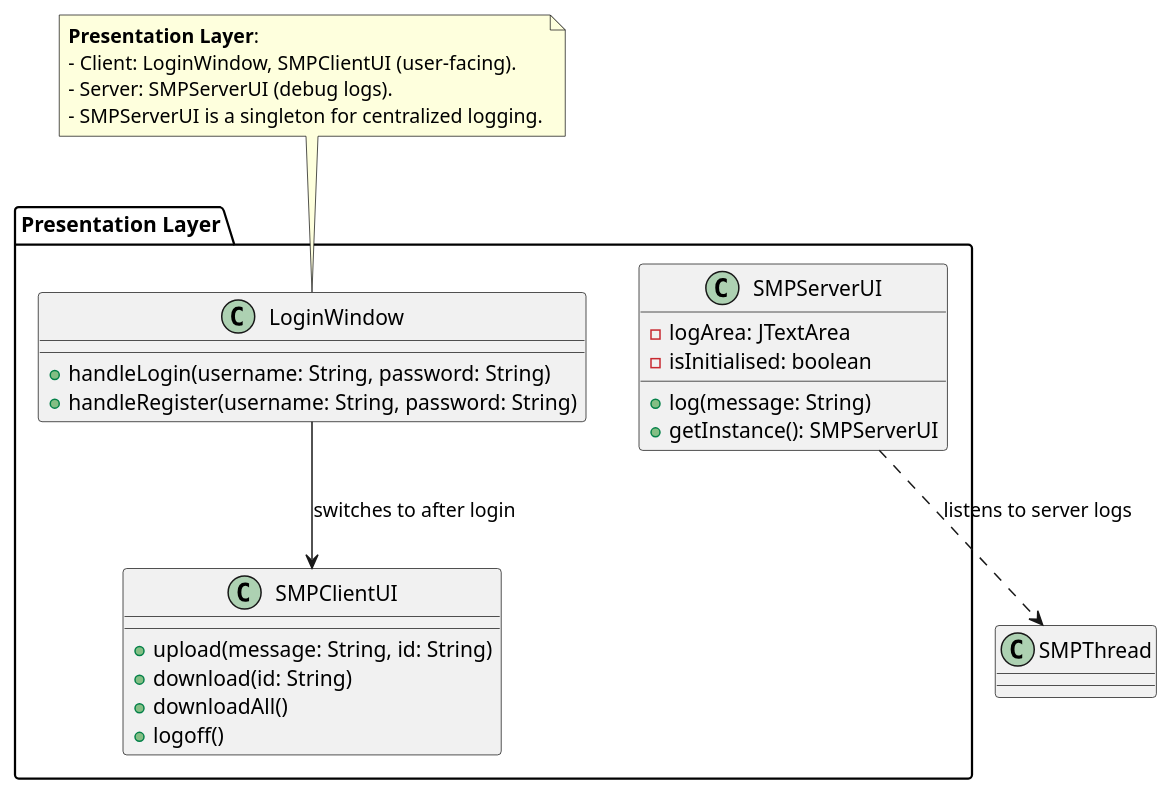
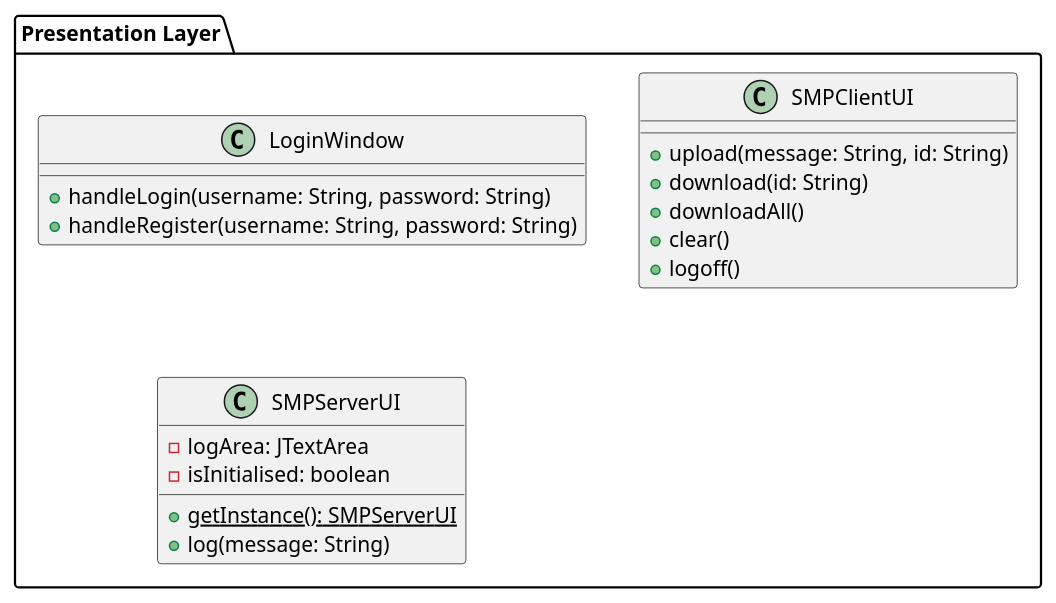
One commit to Billy-Elsbury/DistributedComputingNew changed the diagram in Client Server code/SMP_Project/out/production/PresentationLayer.puml. Above: the diagram before and after it, drawn with PlantUML. The commit also changed 10 other files, not shown here.

```diff
--- a/Client Server code/SMP_Project/out/production/PresentationLayer.puml
+++ b/Client Server code/SMP_Project/out/production/PresentationLayer.puml
@@ -1,33 +1,40 @@
-@startuml Presentation_Layer
+@startuml Presentation_Layer_Without_Helper
+
 package "Presentation Layer" {
+
+  ' --- Client-Side UI Components ---
   class LoginWindow {
-    +handleLogin(username: String, password: String)
-    +handleRegister(username: String, password: String)
+    + handleLogin(username: String, password: String)
+    + handleRegister(username: String, password: String)
+    ' After successful login, shows SMPClientUI
+    ' Calls ClientHelper (defined elsewhere)
   }
 
   class SMPClientUI {
-    +upload(message: String, id: String)
-    +download(id: String)
-    +downloadAll()
-    +logoff()
+    + upload(message: String, id: String)
+    + download(id: String)
+    + downloadAll()
+    + clear()
+    + logoff()
+    ' Calls ClientHelper (defined elsewhere)
   }
 
+  ' ClientHelper is removed from this specific diagram view
+
+  ' --- Server-Side UI Component ---
   class SMPServerUI {
-    -logArea: JTextArea
-    -isInitialised: boolean
-    +log(message: String)
-    +getInstance(): SMPServerUI
+    - logArea: JTextArea
+    - isInitialised: boolean
+    + {static} getInstance(): SMPServerUI
+    + log(message: String)
+    ' Used by SMPServer and SMPThread (defined elsewhere)
   }
+
 }
 
-' Relationships
-LoginWindow --> SMPClientUI : switches to after login
-SMPServerUI ..> SMPThread : listens to server logs
+' No relationships shown *within* this layer without ClientHelper
+' Relationships to ClientHelper or from SMPServerUI would involve
+' components defined outside this specific diagram view.
 
-note top of LoginWindow
-  **Presentation Layer**:
-  - Client: LoginWindow, SMPClientUI (user-facing).
-  - Server: SMPServerUI (debug logs).
-  - SMPServerUI is a singleton for centralized logging.
-end note
+
 @enduml
```
